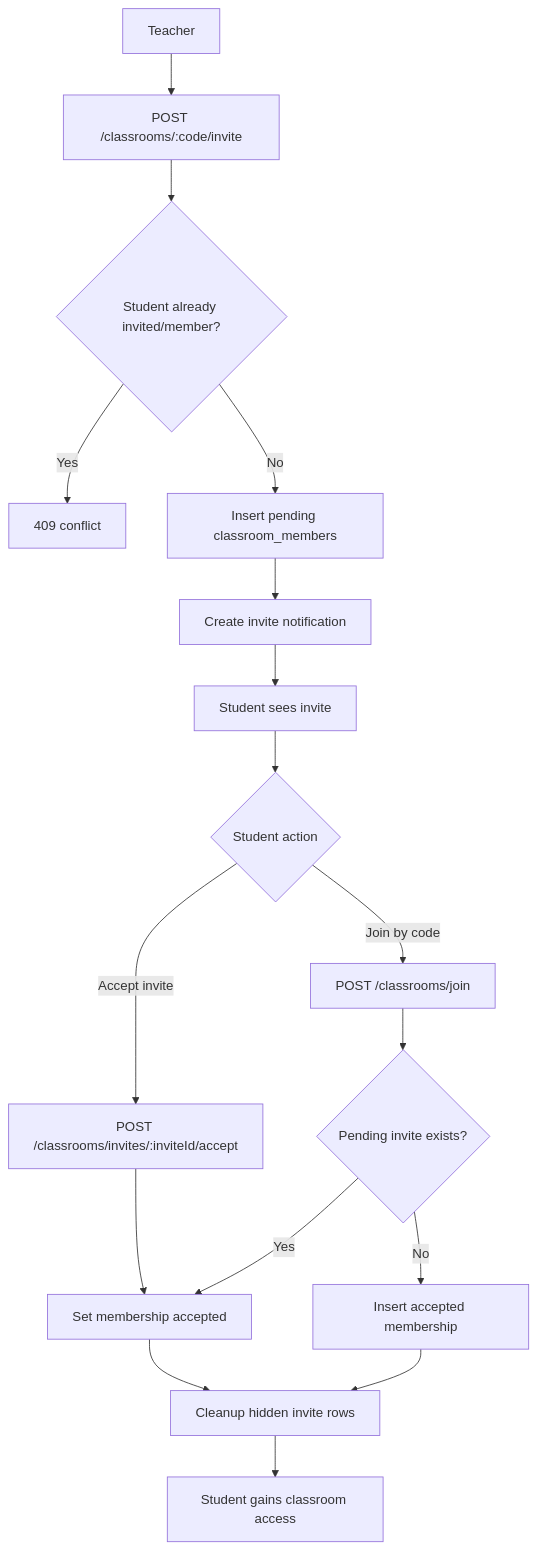
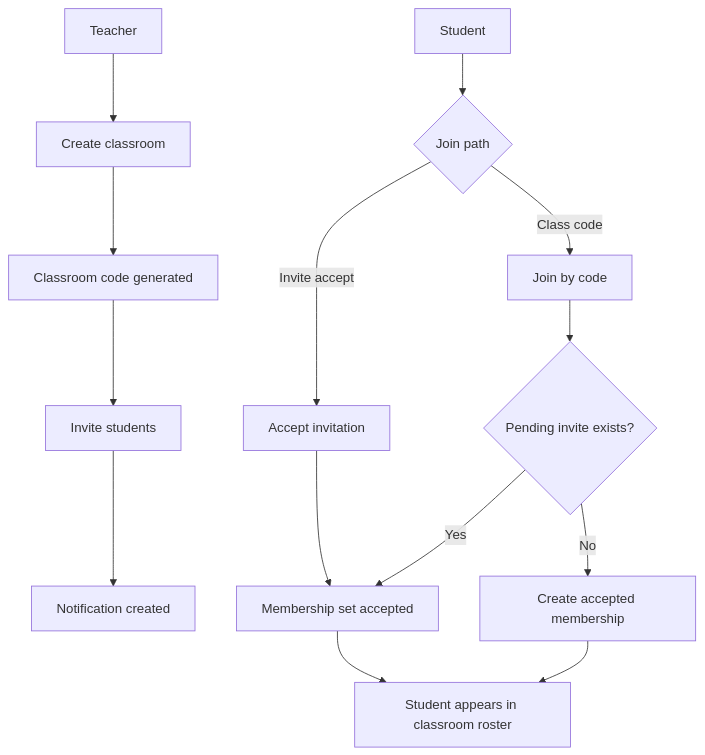
Before and after one commit to jhonkeithman123/digital-portfolio-system: the fifth of 9 diagrams in docs/FLOWCHART.md, drawn with Mermaid. The commit also changed other lines of this file, not shown here.

Commit message:
Updated the flowchart

````diff
--- a/docs/FLOWCHART.md
+++ b/docs/FLOWCHART.md
@@ -29,22 +76,19 @@
 ```mermaid
 flowchart TD
-  T[Teacher] --> A[POST /classrooms/:code/invite]
-  A --> B{Student already invited/member?}
-  B -- Yes --> C[409 conflict]
-  B -- No --> D[Insert pending classroom_members]
-  D --> E[Create invite notification]
-  E --> F[Student sees invite]
+  T[Teacher] --> A[Create classroom]
+  A --> B[Classroom code generated]
+  B --> C[Invite students]
+  C --> D[Notification created]
 
-  F --> G{Student action}
-  G -- Accept invite --> H[POST /classrooms/invites/:inviteId/accept]
-  G -- Join by code --> I[POST /classrooms/join]
+  S[Student] --> E{Join path}
+  E -- Invite accept --> F[Accept invitation]
+  E -- Class code --> G[Join by code]
 
-  H --> J[Set membership accepted]
-  I --> K{Pending invite exists?}
-  K -- Yes --> J
-  K -- No --> L[Insert accepted membership]
+  F --> H[Membership set accepted]
+  G --> I{Pending invite exists?}
+  I -- Yes --> H
+  I -- No --> J[Create accepted membership]
 
-  J --> M[Cleanup hidden invite rows]
-  L --> M
-  M --> N[Student gains classroom access]
+  H --> K[Student appears in classroom roster]
+  J --> K
 ```
````
